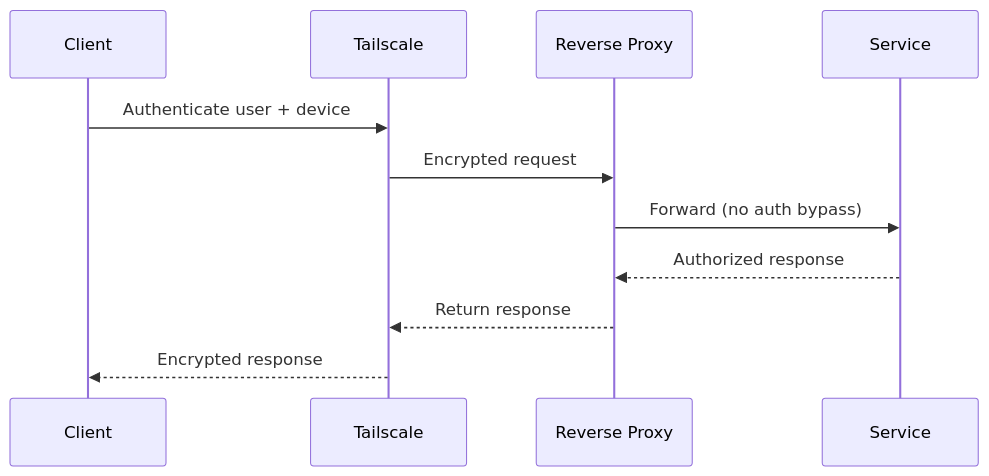
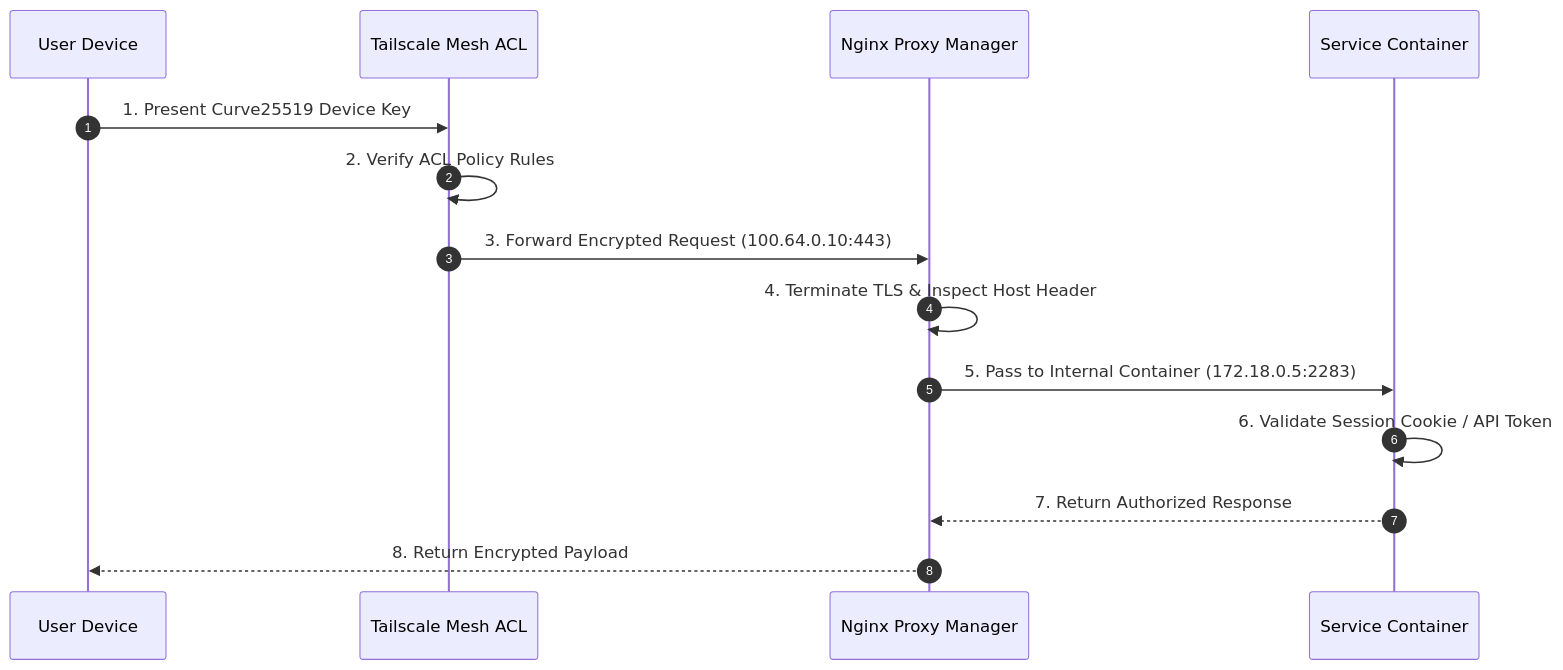
One commit to Terrich-hash/homelab changed the second of 2 diagrams in docs/networking/zero-trust.md. Above: the diagram before and after it, drawn with Mermaid. The commit also changed other lines of this file and 35 other files, not shown here.

````diff
--- a/docs/networking/zero-trust.md
+++ b/docs/networking/zero-trust.md
@@ -59,14 +85,17 @@
 ```mermaid
 sequenceDiagram
-    participant Client
-    participant TS as Tailscale
-    participant RP as Reverse Proxy
-    participant Service
+    autonumber
+    participant Client as User Device
+    participant Tailscale as Tailscale Mesh ACL
+    participant NPM as Nginx Proxy Manager
+    participant App as Service Container
 
-    Client->>TS: Authenticate user + device
-    TS->>RP: Encrypted request
-    RP->>Service: Forward (no auth bypass)
-    Service-->>RP: Authorized response
-    RP-->>TS: Return response
-    TS-->>Client: Encrypted response
+    Client->>Tailscale: 1. Present Curve25519 Device Key
+    Tailscale->>Tailscale: 2. Verify ACL Policy Rules
+    Tailscale->>NPM: 3. Forward Encrypted Request (100.64.0.10:443)
+    NPM->>NPM: 4. Terminate TLS & Inspect Host Header
+    NPM->>App: 5. Pass to Internal Container (172.18.0.5:2283)
+    App->>App: 6. Validate Session Cookie / API Token
+    App-->>NPM: 7. Return Authorized Response
+    NPM-->>Client: 8. Return Encrypted Payload
 ```
````
